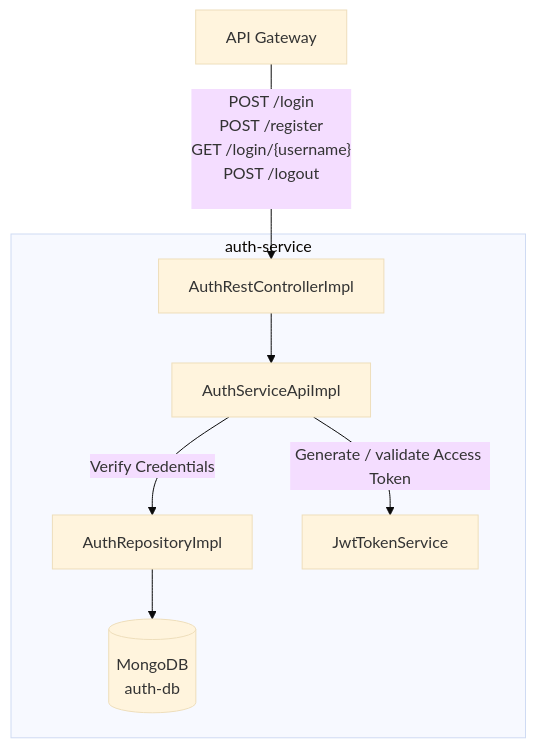
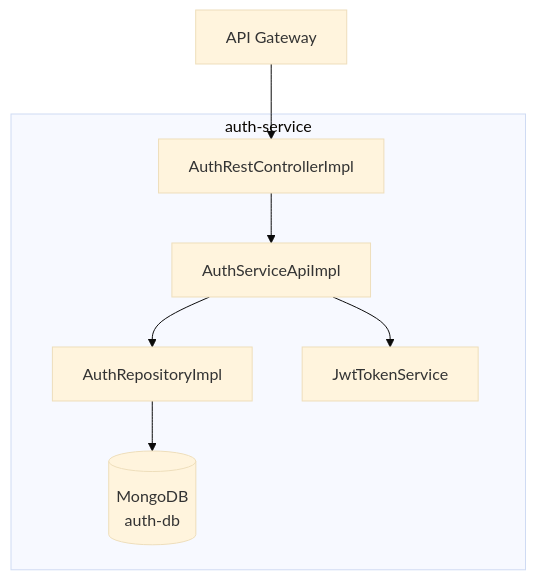
Before and after one commit to piertv21/SmartGym-Monitor: the fourth of 10 diagrams in docs/report/Implementation.md, drawn with Mermaid (base theme). The commit also changed other lines of this file and 6 other files, not shown here.

````diff
--- a/docs/report/Implementation.md
+++ b/docs/report/Implementation.md
@@ -139,15 +135,15 @@
 ```mermaid
 flowchart TD
     GW[API Gateway]
 
     subgraph auth-service\n\n\n
         CTRL["AuthRestControllerImpl"]
         CTRL --> API["AuthServiceApiImpl"]
-        API -->|"Verify Credentials\n"| REPO["AuthRepositoryImpl"]
+        API --> REPO["AuthRepositoryImpl"]
 
-        API -->|"Generate / validate Access Token\n" | JWT["JwtTokenService"]
+        API --> JWT["JwtTokenService"]
         REPO --> DB[(MongoDB\nauth-db)]
     end
 
-    GW -->|"POST /login\nPOST /register\nGET /login/{username}\nPOST /logout     \n\n "| CTRL
+    GW --> CTRL
 ```
````
